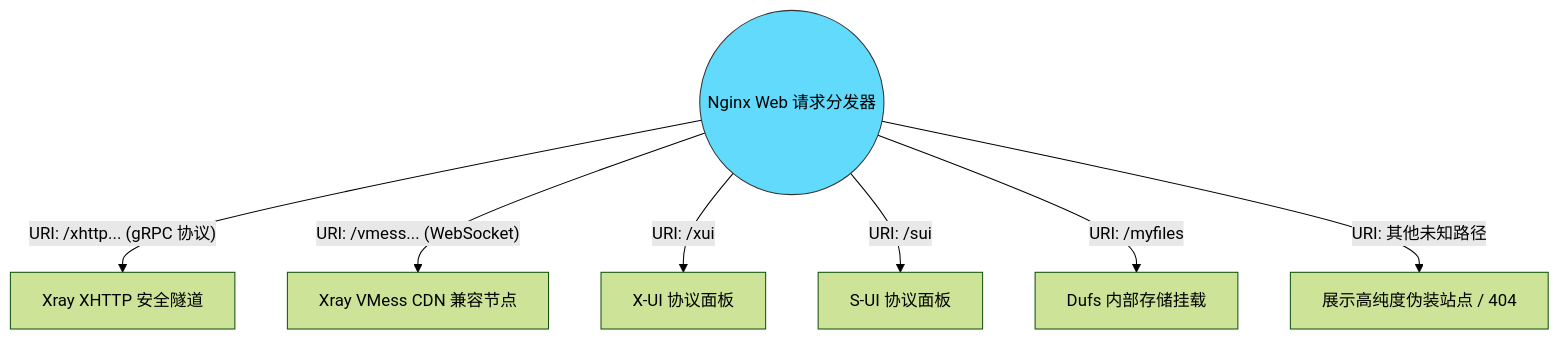
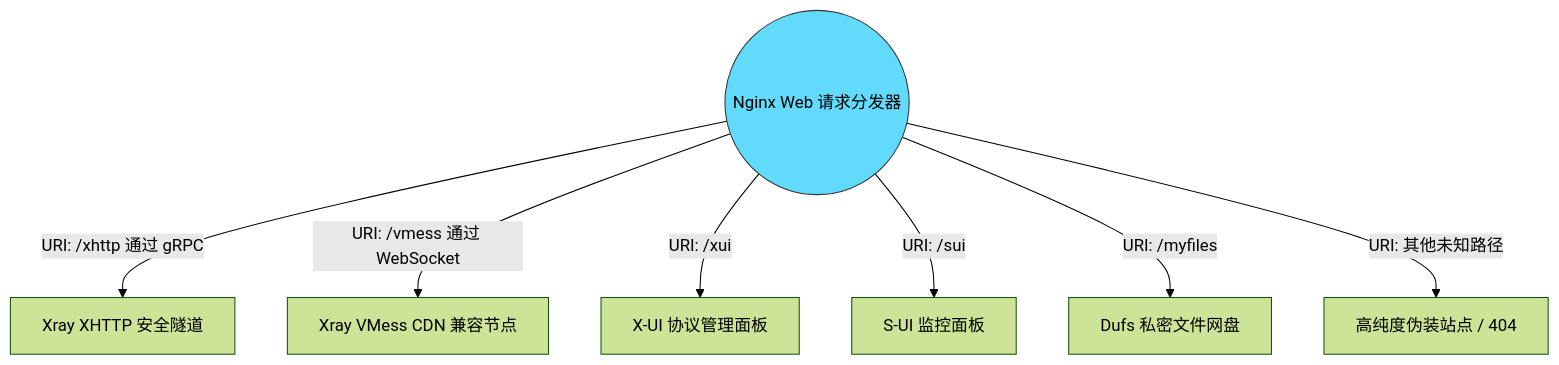
Before and after one commit to currycan/key: the fourth of 9 diagrams in docker/sb-xray/docs/01-architecture-and-traffic.md, drawn with Mermaid (forest theme). The commit also changed other lines of this file and 16 other files, not shown here.

````diff
--- a/docker/sb-xray/docs/01-architecture-and-traffic.md
+++ b/docker/sb-xray/docs/01-architecture-and-traffic.md
@@ -66,13 +166,13 @@
 ```mermaid
 graph TD
     NginxWeb((Nginx Web 请求分发器))
-    
-    NginxWeb -- "URI: /xhttp... (gRPC 协议)" --> Xhttp[Xray XHTTP 安全隧道]
-    NginxWeb -- "URI: /vmess... (WebSocket)" --> VMess[Xray VMess CDN 兼容节点]
-    NginxWeb -- "URI: /xui" --> XUI[X-UI 协议面板]
-    NginxWeb -- "URI: /sui" --> SUI[S-UI 协议面板]
-    NginxWeb -- "URI: /myfiles" --> Dufs[Dufs 内部存储挂载]
-    NginxWeb -- "URI: 其他未知路径" --> FakeWeb["展示高纯度伪装站点 / 404"]
-    
+
+    NginxWeb -- "URI: /xhttp 通过 gRPC" --> Xhttp["Xray XHTTP 安全隧道"]
+    NginxWeb -- "URI: /vmess 通过 WebSocket" --> VMess["Xray VMess CDN 兼容节点"]
+    NginxWeb -- "URI: /xui" --> XUI["X-UI 协议管理面板"]
+    NginxWeb -- "URI: /sui" --> SUI["S-UI 监控面板"]
+    NginxWeb -- "URI: /myfiles" --> Dufs["Dufs 私密文件网盘"]
+    NginxWeb -- "URI: 其他未知路径" --> FakeWeb["高纯度伪装站点 / 404"]
+
     style NginxWeb fill:#61dafb,stroke:#333,color:black
 ```
````
